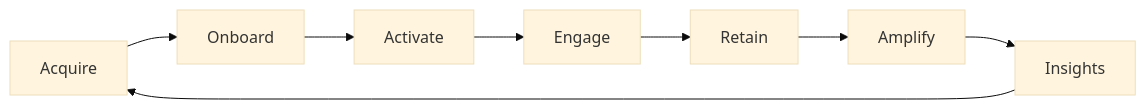
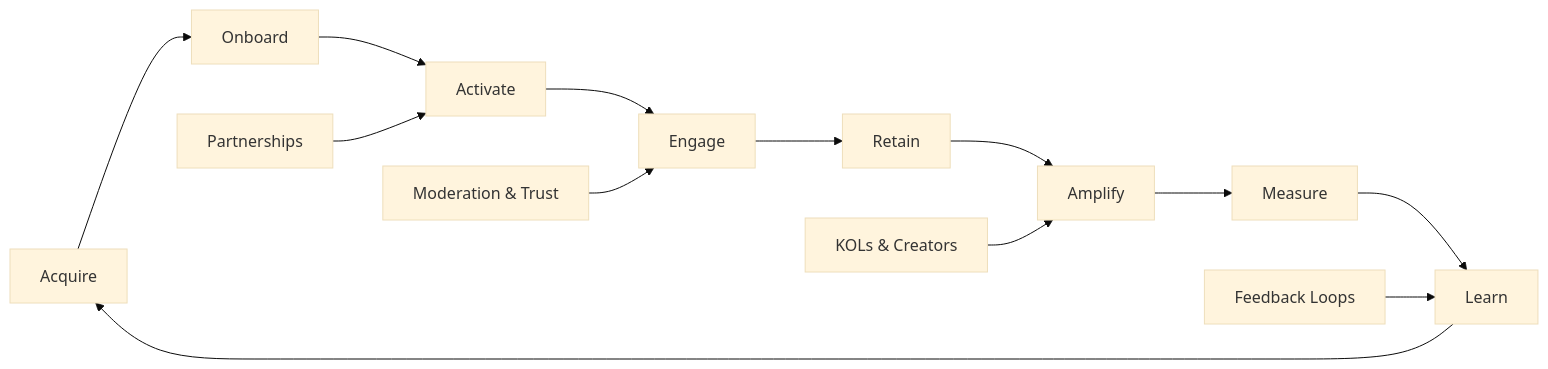
Before and after one commit to adebimpe476/adebimpe476: the diagram in README.md, drawn with Mermaid (base theme). The commit also changed other lines of this file, not shown here.

Commit message:
Redesign profile with impact dashboards, achievements and live activity graphs

````diff
--- a/README.md
+++ b/README.md
@@ -64,10 +158,16 @@
 ```mermaid
 flowchart LR
     A[Acquire] --> B[Onboard]
     B --> C[Activate]
     C --> D[Engage]
     D --> E[Retain]
     E --> F[Amplify]
-    F --> G[Insights]
-    G --> A
+    F --> G[Measure]
+    G --> H[Learn]
+    H --> A
+
+    P[Partnerships] --> C
+    K[KOLs & Creators] --> F
+    M[Moderation & Trust] --> D
+    X[Feedback Loops] --> H
 ```
````
